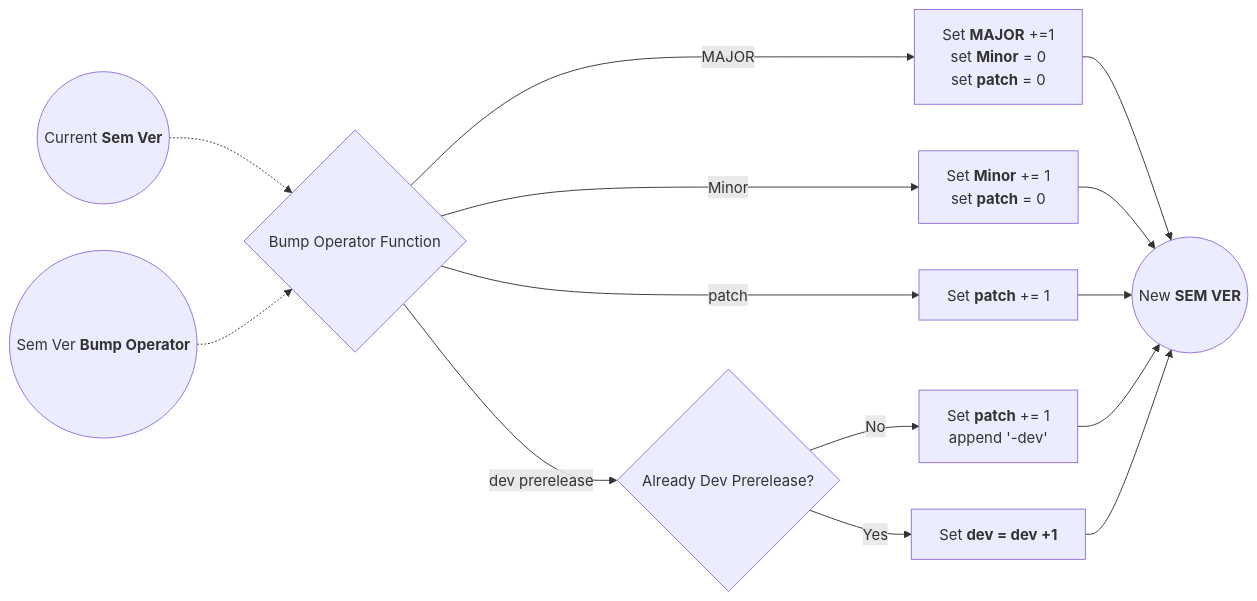
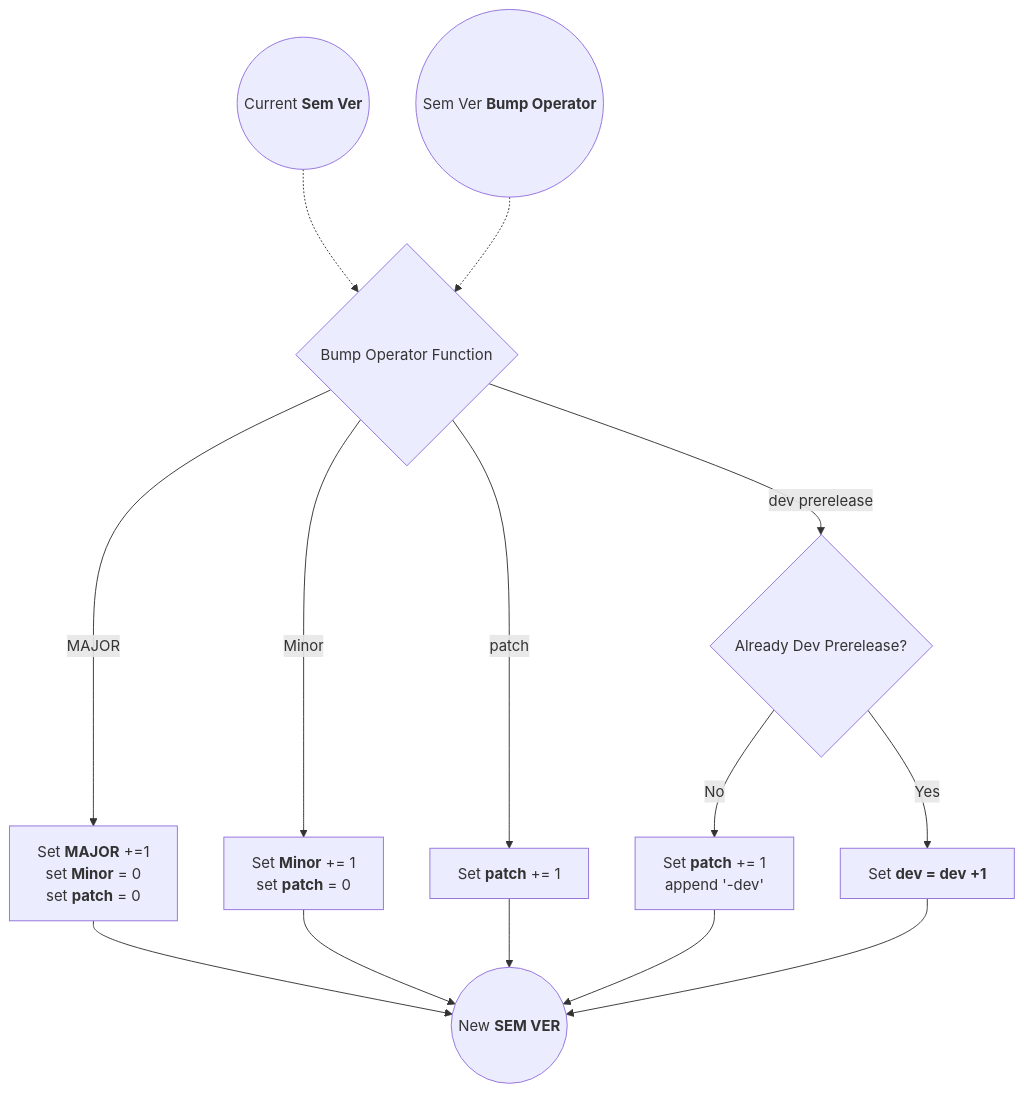
One commit to boromir674/action-semver-bumper changed the diagram in README.md. Above: the diagram before and after it, drawn with Mermaid. The commit also changed other lines of this file, not shown here.

Commit message:
docs: change orientation of 'Action Flowchart' to TB

````diff
--- a/README.md
+++ b/README.md
@@ -12,84 +13,83 @@
 ```mermaid
 
-graph LR
+graph TB
 
 %% INPUT INFORMATION
 
 INPUT_SEM_VER(("`Current **Sem Ver**`"))
 INPUT_SEM_VER_BUMP_OPERATOR(("`Sem Ver **Bump Operator**`"))
 
 %% OUTPUT NODE
 NEW_SEM_VER(("`New **SEM VER**`"))
 
 %% CONDITION NODES
 
 COND_SEM_VER_BUMP_OPERATOR{"`Bump Operator Function`"}
 COND_ALREADY_DEV_PRERELEASE{"`Already Dev Prerelease?`"}
 
 %% SEM VER BUMP OPERATION
 
 SEM_VER_INCREMENT_MAJOR["`Set **MAJOR** +=1
 set **Minor** = 0
 set **patch** = 0`"]
 SEM_VER_INCREMENT_MINOR["`Set **Minor** += 1
 set **patch** = 0`"]
 SEM_VER_INCREMENT_PATCH["`Set **patch** += 1`"]
 SEM_VER_INCREMENT_PATCH_N_ADD_PRERELEASE_METADATA["`Set **patch** += 1
 append '-dev'`"]
 SEM_VER_INCREMENT_DEV_PRERELEASE_COUNTER["`Set **dev = dev +1**`"]
 
 %%%% GRAPH DESIGN %%%%
 
 %% INPUT_SEM_VER -...-> APPLY_OPERATOR
 INPUT_SEM_VER -.-> COND_SEM_VER_BUMP_OPERATOR
 INPUT_SEM_VER_BUMP_OPERATOR -.-> COND_SEM_VER_BUMP_OPERATOR
 
 
 
 %% COND_SEM_VER_BUMP_OPERATOR --MAJOR --> COND_STABLE_ALREADY_RELEASED
 
 %% COND_STABLE_ALREADY_RELEASED --No --> SEM_VER_SET_TO_1_0_0
 %% COND_STABLE_ALREADY_RELEASED --Yes --> SEM_VER_INCREMENT_MAJOR
 
 %% INPUT_SEM_VER -...-> SEM_VER_INCREMENT_MAJOR
 %% INPUT_SEM_VER -...-> SEM_VER_INCREMENT_MINOR
 %% INPUT_SEM_VER -...-> SEM_VER_INCREMENT_PATCH
 %% INPUT_SEM_VER -...-> SEM_VER_INCREMENT_PATCH_N_ADD_PRERELEASE_METADATA
 
 
 COND_SEM_VER_BUMP_OPERATOR --MAJOR --> SEM_VER_INCREMENT_MAJOR
 COND_SEM_VER_BUMP_OPERATOR --Minor --> SEM_VER_INCREMENT_MINOR
 COND_SEM_VER_BUMP_OPERATOR --patch --> SEM_VER_INCREMENT_PATCH
 COND_SEM_VER_BUMP_OPERATOR --dev prerelease --> COND_ALREADY_DEV_PRERELEASE
 COND_ALREADY_DEV_PRERELEASE --No --> SEM_VER_INCREMENT_PATCH_N_ADD_PRERELEASE_METADATA
 
 COND_ALREADY_DEV_PRERELEASE --Yes --> SEM_VER_INCREMENT_DEV_PRERELEASE_COUNTER
 
 
 %% APPLY_OPERATOR(("`Current Version + Operator = New Sem Ver`"))
 %% INPUT_SEM_VER -..-> APPLY_OPERATOR(("`Current Version + Operator = New 
 %% Sem Ver`"))
 
 %% APPLY_OPERATOR("`Apply Operator on
 %% Current Version`")
 
 %% APPLY_OPERATOR(("`'+'`"))
 
 %% CONNECT ALL BUMPS to OPERATOR - V1
 %% SEM_VER_INCREMENT_MAJOR --> APPLY_OPERATOR
 %% SEM_VER_INCREMENT_MINOR --> APPLY_OPERATOR
 %% SEM_VER_INCREMENT_PATCH --> APPLY_OPERATOR
 %% SEM_VER_INCREMENT_PATCH_N_ADD_PRERELEASE_METADATA --> APPLY_OPERATOR
 %% SEM_VER_INCREMENT_DEV_PRERELEASE_COUNTER --> APPLY_OPERATOR
 %% APPLY_OPERATOR --> NEW_SEM_VER
 
 
 %% CONNECT ALL BUMPS to OPERATOR - V1
 SEM_VER_INCREMENT_MAJOR --> NEW_SEM_VER
 SEM_VER_INCREMENT_MINOR --> NEW_SEM_VER
 SEM_VER_INCREMENT_PATCH --> NEW_SEM_VER
 SEM_VER_INCREMENT_PATCH_N_ADD_PRERELEASE_METADATA --> NEW_SEM_VER
 SEM_VER_INCREMENT_DEV_PRERELEASE_COUNTER --> NEW_SEM_VER
 
-
 ```
````
